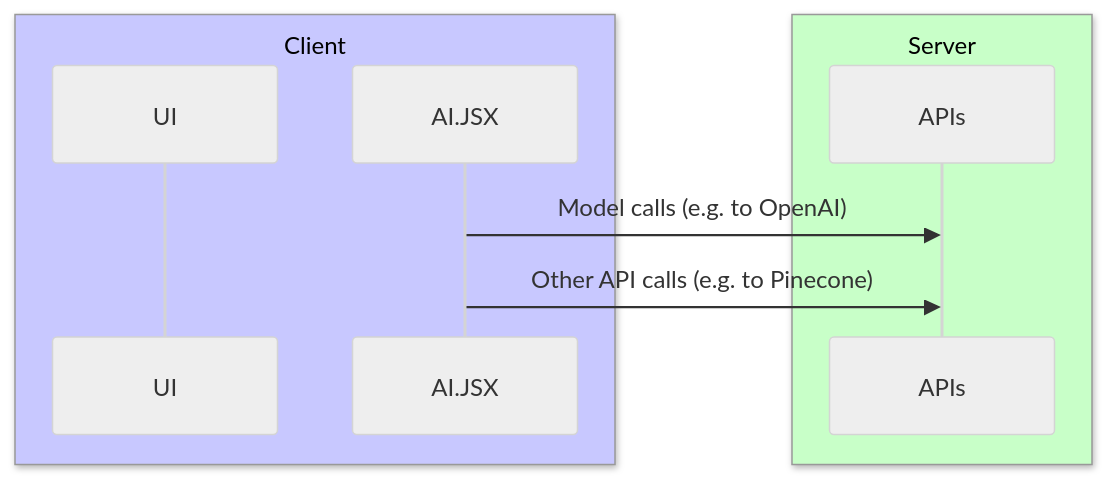
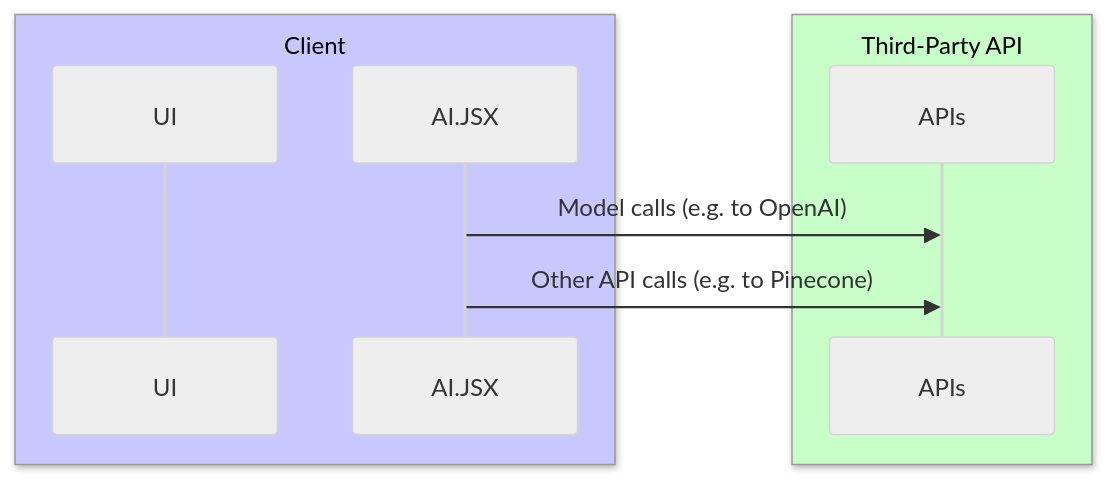
One commit to fixie-ai/ai-jsx changed the first of 5 diagrams in packages/docs/docs/guides/architecture.md. Above: the diagram before and after it, drawn with Mermaid (neutral theme). The commit also changed other lines of this file and 2 other files, not shown here.

````diff
--- a/packages/docs/docs/guides/architecture.md
+++ b/packages/docs/docs/guides/architecture.md
@@ -38,12 +45,12 @@
 ```mermaid
 sequenceDiagram
     box rgb(200, 200, 255) Client
     participant UI
     participant AI.JSX
     end
-    box rgb(200, 255, 200) Server
+    box rgb(200, 255, 200) Third-Party API
     participant APIs
     end
     AI.JSX->>APIs: Model calls (e.g. to OpenAI)
     AI.JSX->>APIs: Other API calls (e.g. to Pinecone)
 ```
````
